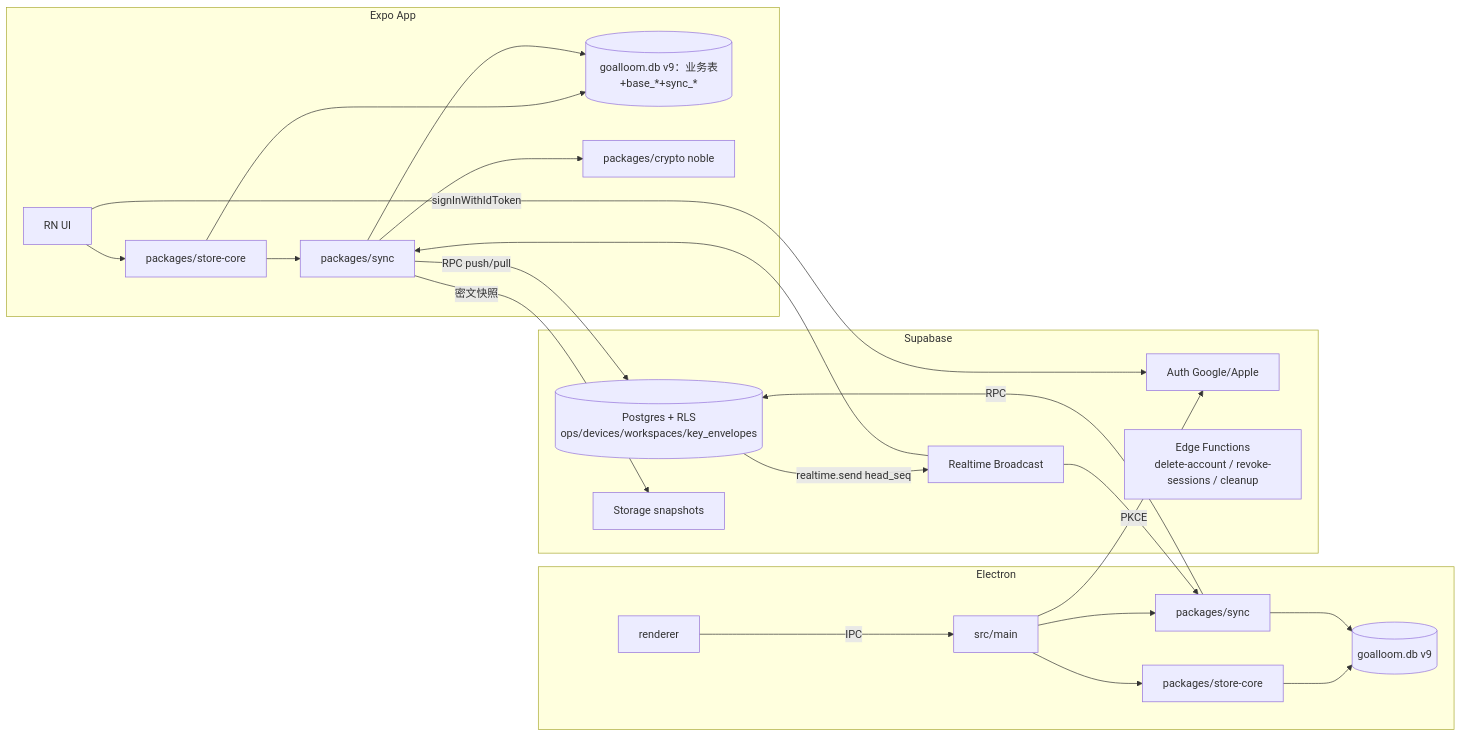
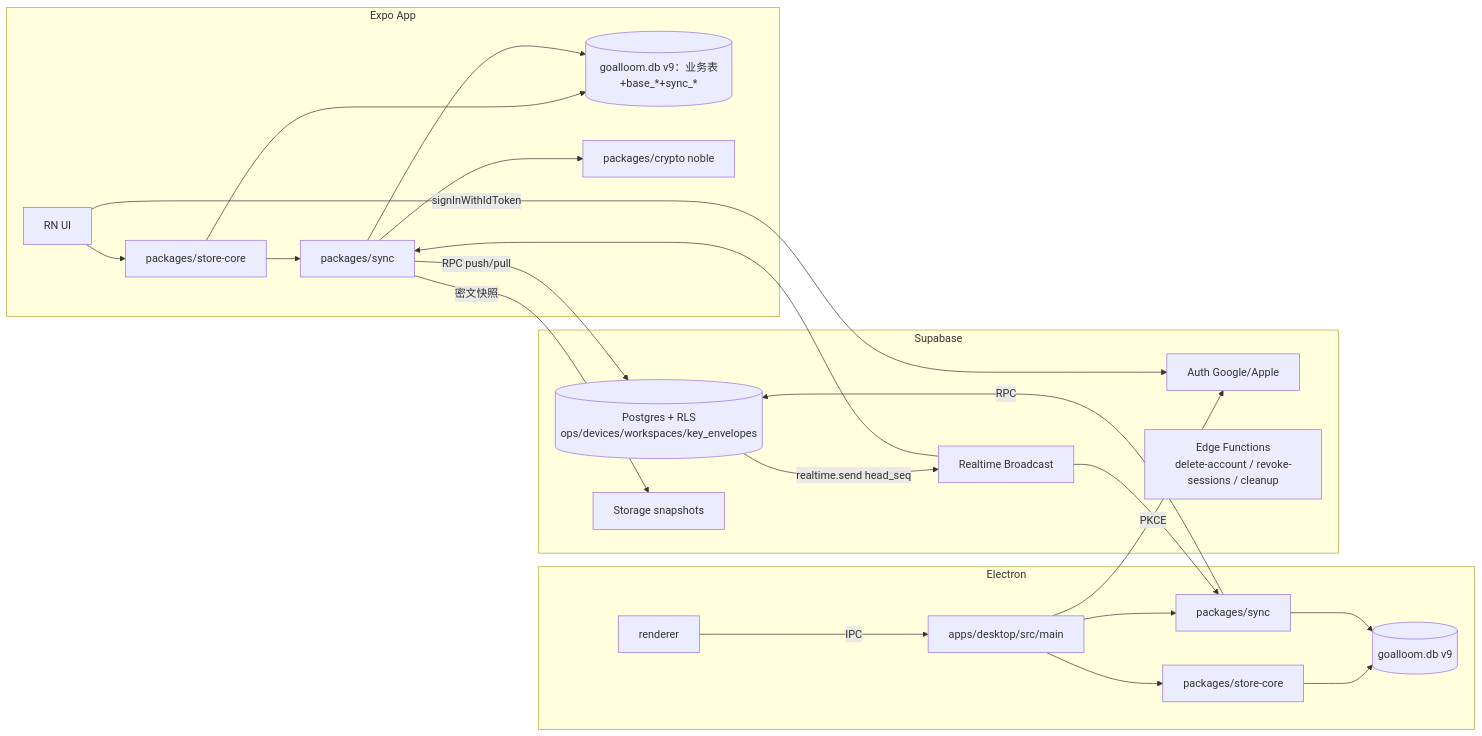
Before and after one commit to thinkingjimmy/goalloom: the first of 3 diagrams in docs/mobile/goalloom-mobile-prd.md, drawn with Mermaid. The commit also changed other lines of this file and 628 other files, not shown here.

First line of the commit message:
Move the desktop app, website, and tests under apps/ and packages/.

````diff
--- a/docs/mobile/goalloom-mobile-prd.md
+++ b/docs/mobile/goalloom-mobile-prd.md
@@ -143,27 +143,27 @@
 ```mermaid
 flowchart LR
   subgraph Mobile[Expo App]
     UI_M[RN UI] --> Core_M[packages/store-core]
     Core_M --> DB_M[(goalloom.db v9：业务表+base_*+sync_*)]
     Core_M --> SYNC_M[packages/sync] --> DB_M
     SYNC_M --> CRYPTO_M[packages/crypto noble]
   end
   subgraph Desktop[Electron]
-    UI_D[renderer] -- IPC --> Main[src/main]
+    UI_D[renderer] -- IPC --> Main[apps/desktop/src/main]
     Main --> Core_D[packages/store-core] --> DB_D[(goalloom.db v9)]
     Main --> SYNC_D[packages/sync] --> DB_D
   end
   subgraph Supabase
     AUTH[Auth Google/Apple]
     PG[(Postgres + RLS\nops/devices/workspaces/key_envelopes)]
     RT[Realtime Broadcast]
     ST[Storage snapshots]
     EF[Edge Functions\ndelete-account / revoke-sessions / cleanup]
   end
   SYNC_M -- RPC push/pull --> PG
   SYNC_D -- RPC --> PG
   PG -- realtime.send head_seq --> RT --> SYNC_M & SYNC_D
   SYNC_M -- 密文快照 --> ST
   UI_M -- signInWithIdToken --> AUTH
   Main -- PKCE --> AUTH
 ```
````
